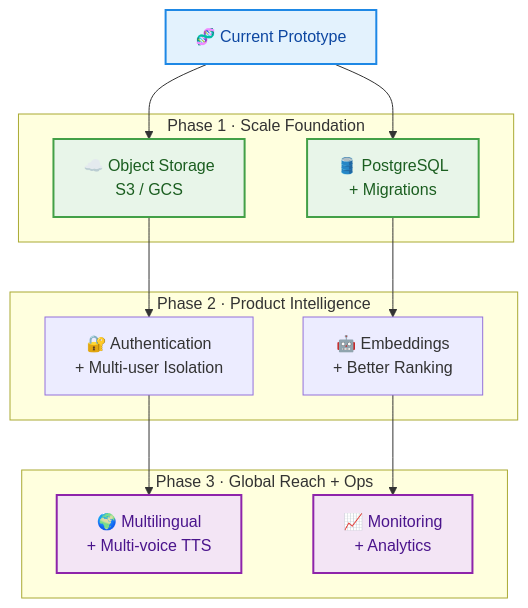
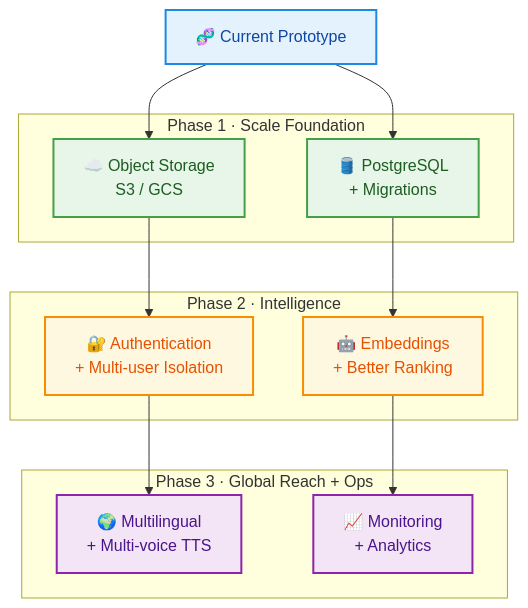
Before and after one commit to Ankitarai27/Adobe-Hackathon-2025: the fifth of 5 diagrams in README.md, drawn with Mermaid. The commit also changed other lines of this file, not shown here.

````diff
--- a/README.md
+++ b/README.md
@@ -329,30 +364,32 @@
 ```mermaid
 flowchart TB
     A[🧬 Current Prototype]
 
     subgraph P1[Phase 1 · Scale Foundation]
       B[☁️ Object Storage\nS3 / GCS]
       C[🛢️ PostgreSQL\n+ Migrations]
     end
 
-    subgraph P2[Phase 2 · Product Intelligence]
+    subgraph P2[Phase 2 · Intelligence]
       D[🔐 Authentication\n+ Multi-user Isolation]
       E[🤖 Embeddings\n+ Better Ranking]
     end
 
     subgraph P3[Phase 3 · Global Reach + Ops]
       F[🌍 Multilingual\n+ Multi-voice TTS]
       G[📈 Monitoring\n+ Analytics]
     end
 
     A --> B --> D --> F
     A --> C --> E --> G
 
     classDef current fill:#E3F2FD,stroke:#1E88E5,color:#0D47A1,stroke-width:2px;
     classDef phase1 fill:#E8F5E9,stroke:#43A047,color:#1B5E20,stroke-width:2px;
+    classDef phase2 fill:#FFF8E1,stroke:#FB8C00,color:#E65100,stroke-width:2px;
     classDef phase3 fill:#F3E5F5,stroke:#8E24AA,color:#4A148C,stroke-width:2px;
 
     class A current;
     class B,C phase1;
+    class D,E phase2;
     class F,G phase3;
 ```
````
